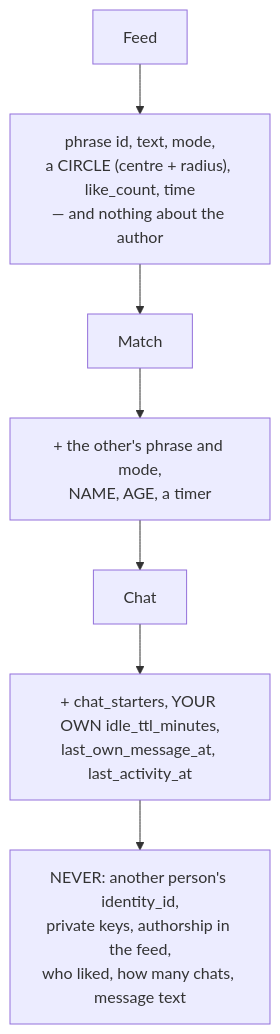
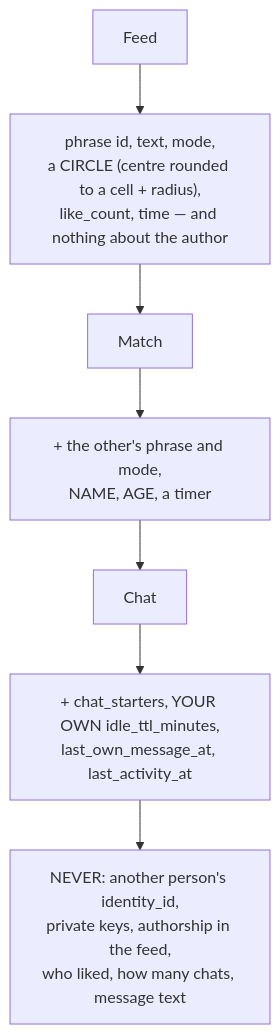
Before and after one commit to panov-id/xor.ad: diagram 29 of 30 in docs/chat-flows_EN.md, drawn with Mermaid. The commit also changed 10 other files, not shown here.

````diff
--- a/docs/chat-flows_EN.md
+++ b/docs/chat-flows_EN.md
@@ -949,9 +949,9 @@
 ```mermaid
 flowchart TD
-  L1["Feed"] --> L1d["phrase id, text, mode,<br/>a CIRCLE #40;centre + radius#41;, like_count, time<br/>— and nothing about the author"]
+  L1["Feed"] --> L1d["phrase id, text, mode,<br/>a CIRCLE #40;centre rounded to a cell + radius#41;,<br/>like_count, time — and nothing about the author"]
   L1d --> L2["Match"]
   L2 --> L2d["+ the other's phrase and mode,<br/>NAME, AGE, a timer"]
   L2d --> L3["Chat"]
   L3 --> L3d["+ chat_starters, YOUR OWN idle_ttl_minutes,<br/>last_own_message_at, last_activity_at"]
   L3d --> never["NEVER: another person's identity_id,<br/>private keys, authorship in the feed,<br/>who liked, how many chats, message text"]
 ```
````
